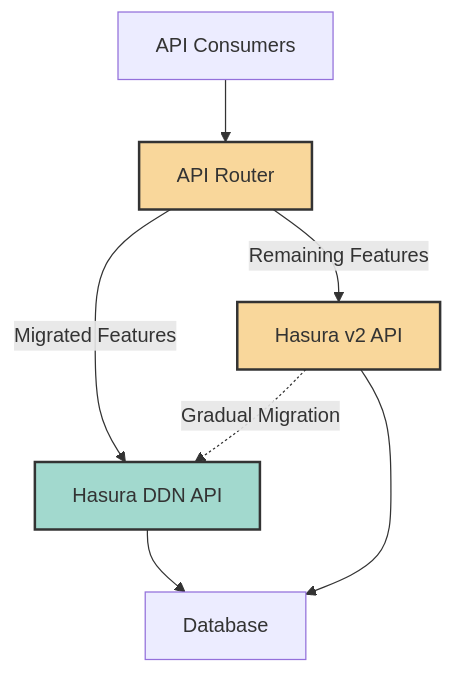
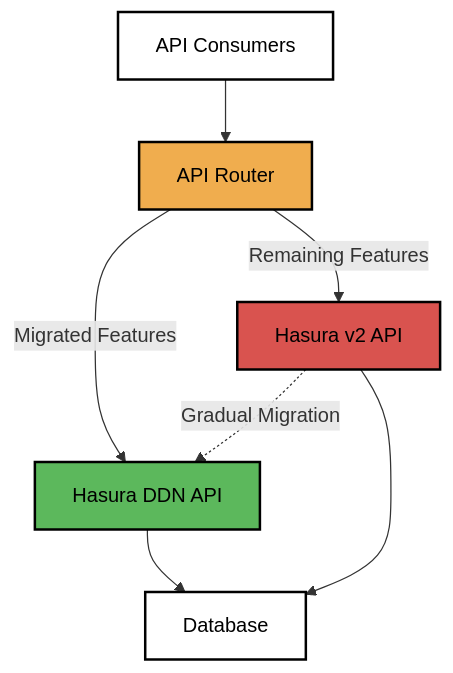
The third of 3 diagrams in docs/upgrade/guide.mdx (hasura/ddn-docs), drawn with Mermaid before and after one commit. The commit also changed other lines of this file, not shown here.

````diff
--- a/docs/upgrade/guide.mdx
+++ b/docs/upgrade/guide.mdx
@@ -149,12 +153,14 @@
 ```mermaid
 graph TD
     A[API Consumers] --> B[API Router]
     B -->|Migrated Features| C[Hasura DDN API]
     B -->|Remaining Features| D[Hasura v2 API]
     C --> E[Database]
     D --> E
     D -.->|Gradual Migration| C
-    style B fill:#f9d79b,stroke:#333,stroke-width:2px
-    style C fill:#a2d9ce,stroke:#333,stroke-width:2px
-    style D fill:#f9d79b,stroke:#333,stroke-width:2px
+    style A fill:#ffffff,stroke:#000000,stroke-width:2px,color:#000000
+    style B fill:#f0ad4e,stroke:#000000,stroke-width:2px,color:#000000
+    style C fill:#5cb85c,stroke:#000000,stroke-width:2px,color:#000000
+    style D fill:#d9534f,stroke:#000000,stroke-width:2px,color:#000000
+    style E fill:#ffffff,stroke:#000000,stroke-width:2px,color:#000000
 ```
````
